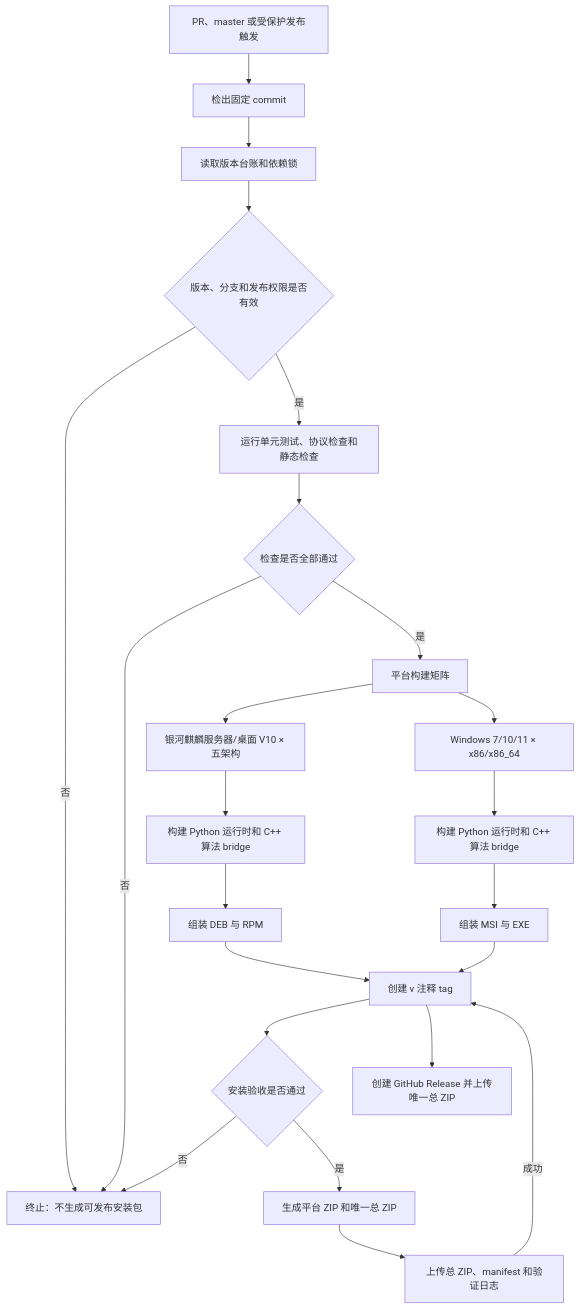
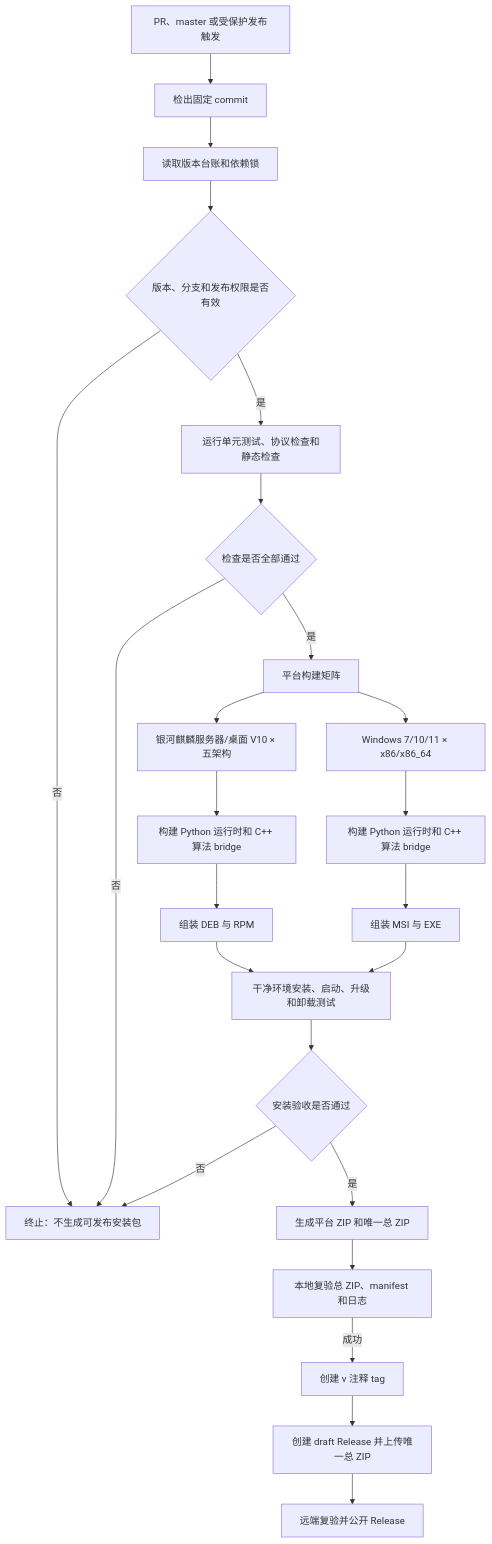
Before and after one commit to Entertech/NeuroBridge: the eighth of 8 diagrams in doc/tech/NeuroBridge项目结构与多系统接入/NeuroBridge项目结构与多系统接入_PRD.md, drawn with Mermaid. The commit also changed other lines of this file and 6 other files, not shown here.

````diff
--- a/doc/tech/NeuroBridge项目结构与多系统接入/NeuroBridge项目结构与多系统接入_PRD.md
+++ b/doc/tech/NeuroBridge项目结构与多系统接入/NeuroBridge项目结构与多系统接入_PRD.md
@@ -871,28 +871,29 @@
 ```mermaid
 flowchart TD
     A[PR、master 或受保护发布触发] --> B[检出固定 commit]
     B --> C[读取版本台账和依赖锁]
     C --> D{版本、分支和发布权限是否有效}
     D -->|否| X[终止：不生成可发布安装包]
     D -->|是| E[运行单元测试、协议检查和静态检查]
     E --> F{检查是否全部通过}
     F -->|否| X
     F -->|是| G[平台构建矩阵]
 
     G --> K[银河麒麟服务器/桌面 V10 × 五架构]
     G --> W[Windows 7/10/11 × x86/x86_64]
 
     K --> K1[构建 Python 运行时和 C++ 算法 bridge]
     K1 --> K2[组装 DEB 与 RPM]
     W --> W1[构建 Python 运行时和 C++ 算法 bridge]
     W1 --> W2[组装 MSI 与 EXE]
 
     K2 --> T[干净环境安装、启动、升级和卸载测试]
     W2 --> T
     T --> U{安装验收是否通过}
     U -->|否| X
     U -->|是| Z[生成平台 ZIP 和唯一总 ZIP]
-    Z --> H[上传总 ZIP、manifest 和验证日志]
-    H -->|成功| T[创建 v<applicationVersion> 注释 tag]
-    T --> P[创建 GitHub Release 并上传唯一总 ZIP]
+    Z --> H[本地复验总 ZIP、manifest 和日志]
+    H -->|成功| TAG[创建 v<applicationVersion> 注释 tag]
+    TAG --> P[创建 draft Release 并上传唯一总 ZIP]
+    P --> Q[远端复验并公开 Release]
 ```
````
